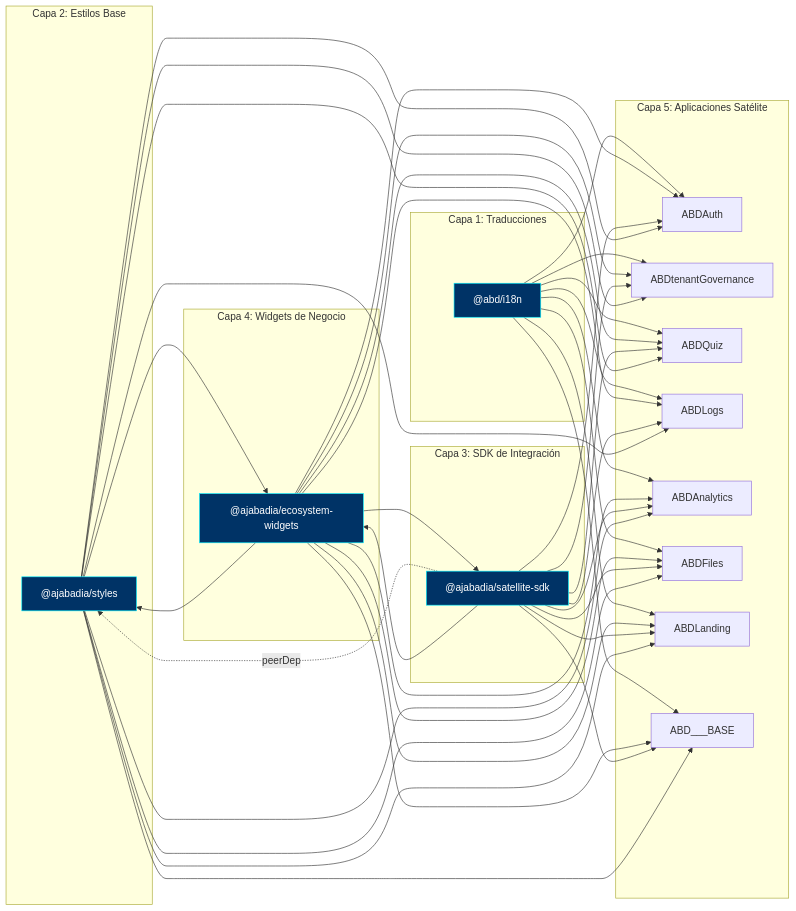
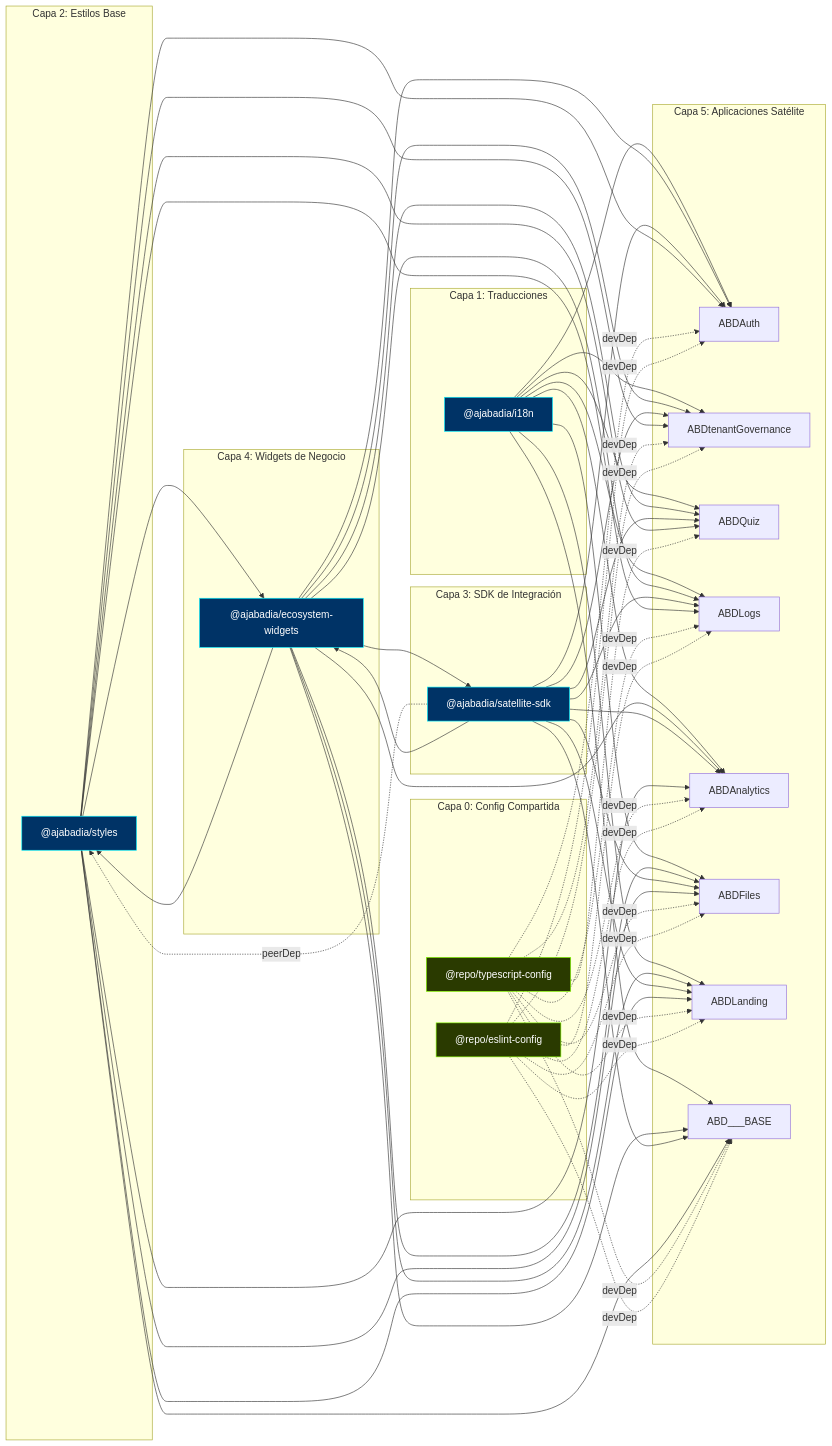
The second of 8 diagrams in ARCHITECTURE.md (ajabadia/ABDSuite), drawn with Mermaid before and after one commit. The commit also changed other lines of this file and 8 other files, not shown here.

````diff
--- a/ARCHITECTURE.md
+++ b/ARCHITECTURE.md
@@ -79,7 +78,12 @@
 ```mermaid
 graph LR
+    subgraph Capa0["Capa 0: Config Compartida"]
+        TC["@repo/typescript-config"]
+        EC["@repo/eslint-config"]
+    end
+
     subgraph Capa1["Capa 1: Traducciones"]
-        I18N["@abd/i18n"]
+        I18N["@ajabadia/i18n"]
     end
 
     subgraph Capa2["Capa 2: Estilos Base"]
@@ -147,8 +151,27 @@
     STYLES --> LANDING
     STYLES --> BASE
 
+    TC -.->|"devDep"| AUTH
+    TC -.->|"devDep"| TENANT
+    TC -.->|"devDep"| QUIZ
+    TC -.->|"devDep"| LOGS
+    TC -.->|"devDep"| ANALYTICS
+    TC -.->|"devDep"| FILES
+    TC -.->|"devDep"| LANDING
+    TC -.->|"devDep"| BASE
+
+    EC -.->|"devDep"| AUTH
+    EC -.->|"devDep"| TENANT
+    EC -.->|"devDep"| LOGS
+    EC -.->|"devDep"| ANALYTICS
+    EC -.->|"devDep"| FILES
+    EC -.->|"devDep"| LANDING
+    EC -.->|"devDep"| BASE
+
     style I18N fill:#003366,stroke:#00f0ff,color:#fff
     style STYLES fill:#003366,stroke:#00f0ff,color:#fff
     style SDK fill:#003366,stroke:#00f0ff,color:#fff
     style WIDGETS fill:#003366,stroke:#00f0ff,color:#fff
+    style TC fill:#2a3a00,stroke:#88ff00,color:#fff
+    style EC fill:#2a3a00,stroke:#88ff00,color:#fff
 ```
````
